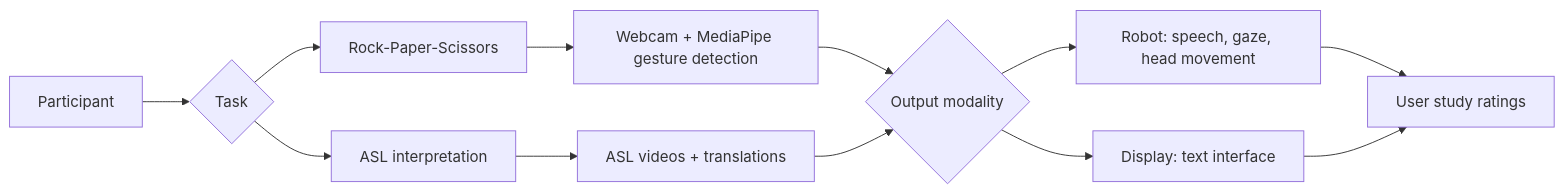
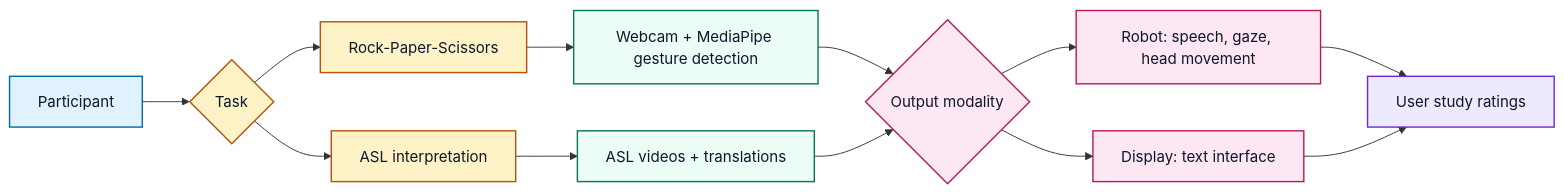
Before and after one commit to nithishkgnani/nithishkgnani.github.io: the diagram in content/project/asl-robot-interpreter.md, drawn with Mermaid. The commit also changed other lines of this file and 2 other files, not shown here.

Commit message:
social robotics update image and chart

```diff
--- a/content/project/asl-robot-interpreter.md
+++ b/content/project/asl-robot-interpreter.md
@@ -31,14 +31,26 @@
 {{< mermaid >}}
 flowchart LR
     participant[Participant] --> task{Task}
     task --> rps[Rock-Paper-Scissors]
     task --> asl[ASL interpretation]
     rps --> vision[Webcam + MediaPipe gesture detection]
     asl --> videos[ASL videos + translations]
     vision --> output{Output modality}
     videos --> output
     output --> robot[Robot: speech, gaze, head movement]
     output --> display[Display: text interface]
     robot --> study[User study ratings]
     display --> study
+
+    classDef actor fill:#e0f2fe,stroke:#0369a1,color:#0f172a,stroke-width:1.5px
+    classDef task fill:#fef3c7,stroke:#b45309,color:#0f172a,stroke-width:1.5px
+    classDef processing fill:#ecfdf5,stroke:#047857,color:#0f172a,stroke-width:1.5px
+    classDef outputNode fill:#fce7f3,stroke:#be185d,color:#0f172a,stroke-width:1.5px
+    classDef result fill:#ede9fe,stroke:#6d28d9,color:#0f172a,stroke-width:1.5px
+
+    class participant actor
+    class task,rps,asl task
+    class vision,videos processing
+    class output,robot,display outputNode
+    class study result
 {{< /mermaid >}}
```
